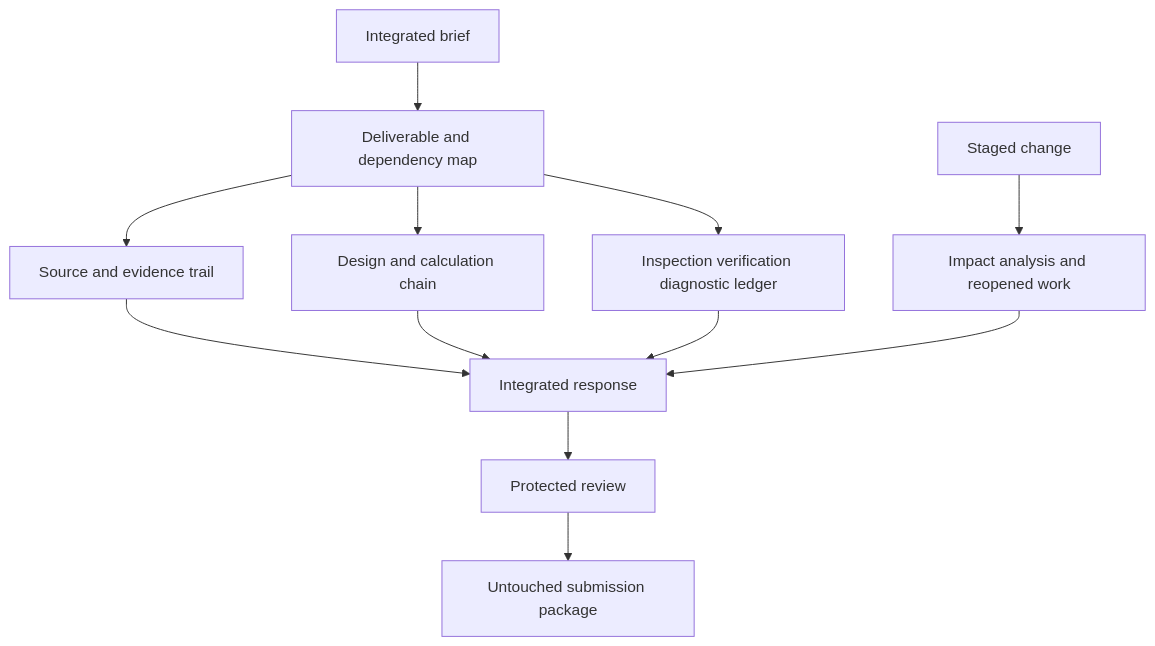
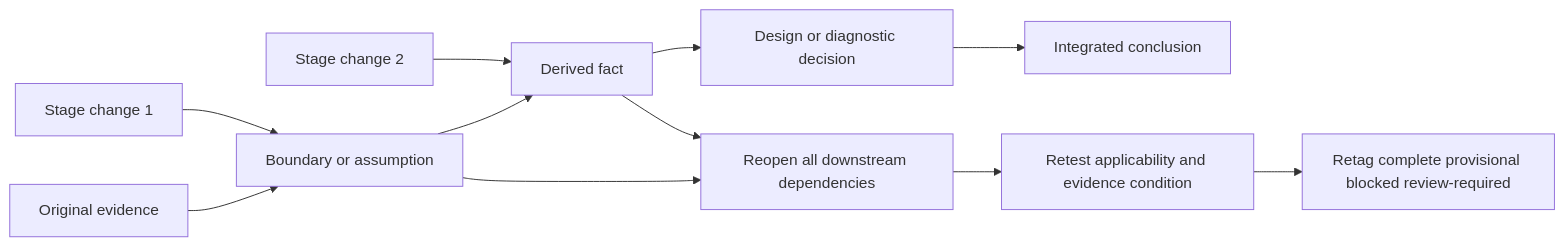
The second of 2 diagrams in docs/learning-plans/12-week/modules/day-83-full-integrated-mock-assessment.md (andrew3stedall/capstone), drawn with Mermaid before and after one commit. The commit also changed other lines of this file, not shown here.

Commit message:
Improve Day 83 integrated mock assessment

````diff
--- a/docs/learning-plans/12-week/modules/day-83-full-integrated-mock-assessment.md
+++ b/docs/learning-plans/12-week/modules/day-83-full-integrated-mock-assessment.md
@@ -71,14 +138,13 @@
 ```mermaid
-flowchart TD
-  A[Integrated brief] --> B[Deliverable and dependency map]
-  B --> C[Source and evidence trail]
-  B --> D[Design and calculation chain]
-  B --> E[Inspection verification diagnostic ledger]
-  C --> F[Integrated response]
-  D --> F
-  E --> F
-  G[Staged change] --> H[Impact analysis and reopened work]
-  H --> F
-  F --> I[Protected review]
-  I --> J[Untouched submission package]
+flowchart LR
+  A[Original evidence] --> B[Boundary or assumption]
+  B --> C[Derived fact]
+  C --> D[Design or diagnostic decision]
+  D --> E[Integrated conclusion]
+  F[Stage change 1] --> B
+  G[Stage change 2] --> C
+  B --> H[Reopen all downstream dependencies]
+  C --> H
+  H --> I[Retest applicability and evidence condition]
+  I --> J[Retag complete provisional blocked review-required]
 ```
````
